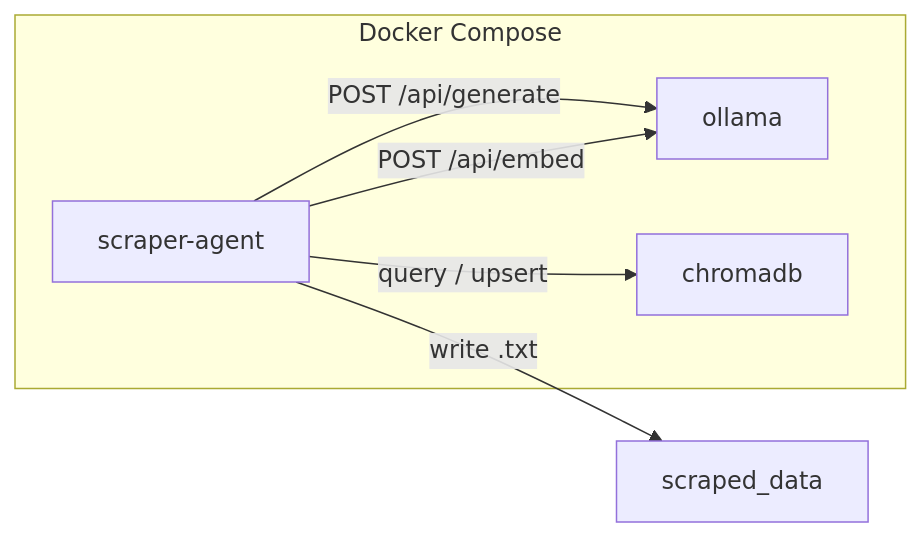
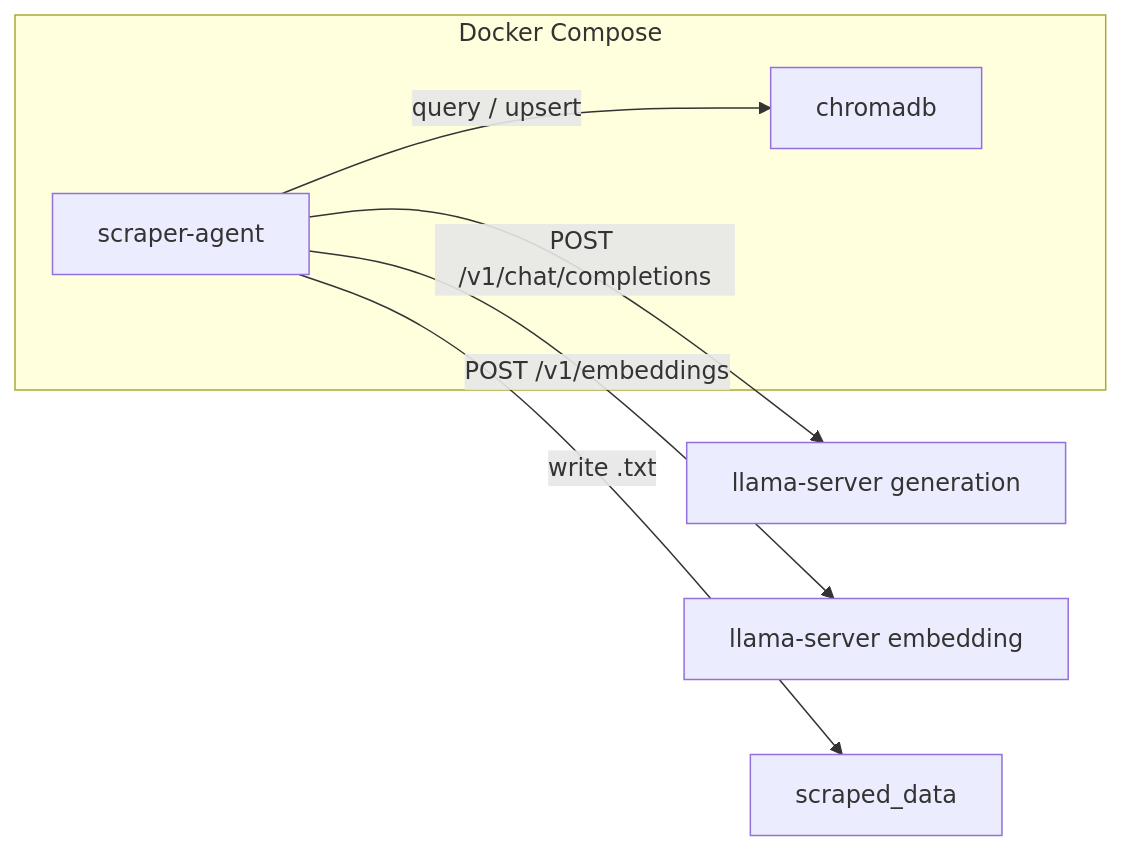
Before and after one commit to 68thandMaine/scraper: the diagram in docs/docs/architecture/overview.md, drawn with Mermaid. The commit also changed other lines of this file and 13 other files, not shown here.

````diff
--- a/docs/docs/architecture/overview.md
+++ b/docs/docs/architecture/overview.md
@@ -9,12 +9,13 @@
 ```mermaid
 flowchart LR
     subgraph compose [Docker Compose]
-        Ollama[ollama]
         Chroma[chromadb]
         Agent[scraper-agent]
     end
-    Agent -->|POST /api/generate| Ollama
-    Agent -->|POST /api/embed| Ollama
+    Gen[llama-server generation]
+    Embed[llama-server embedding]
+    Agent -->|POST /v1/chat/completions| Gen
+    Agent -->|POST /v1/embeddings| Embed
     Agent -->|query / upsert| Chroma
     Agent -->|write .txt| Volume[scraped_data]
 ```
````
